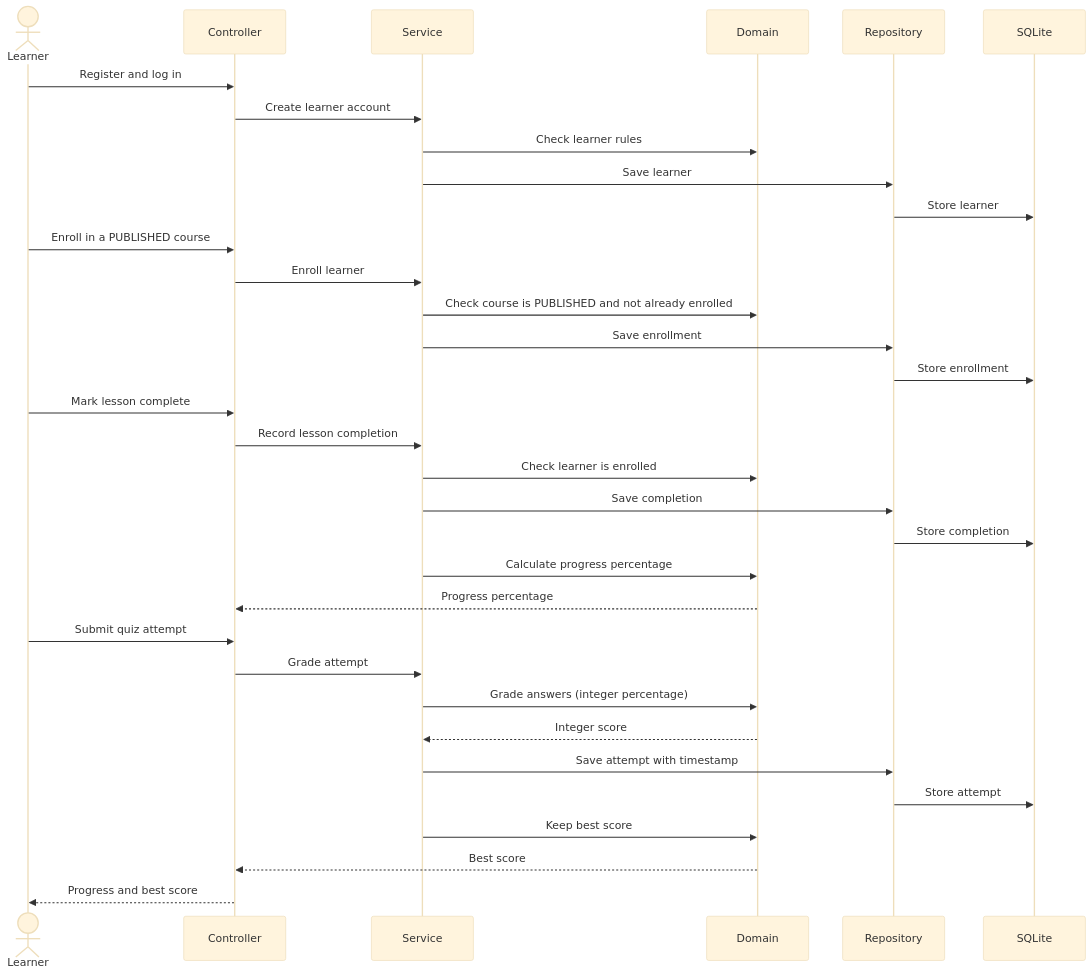
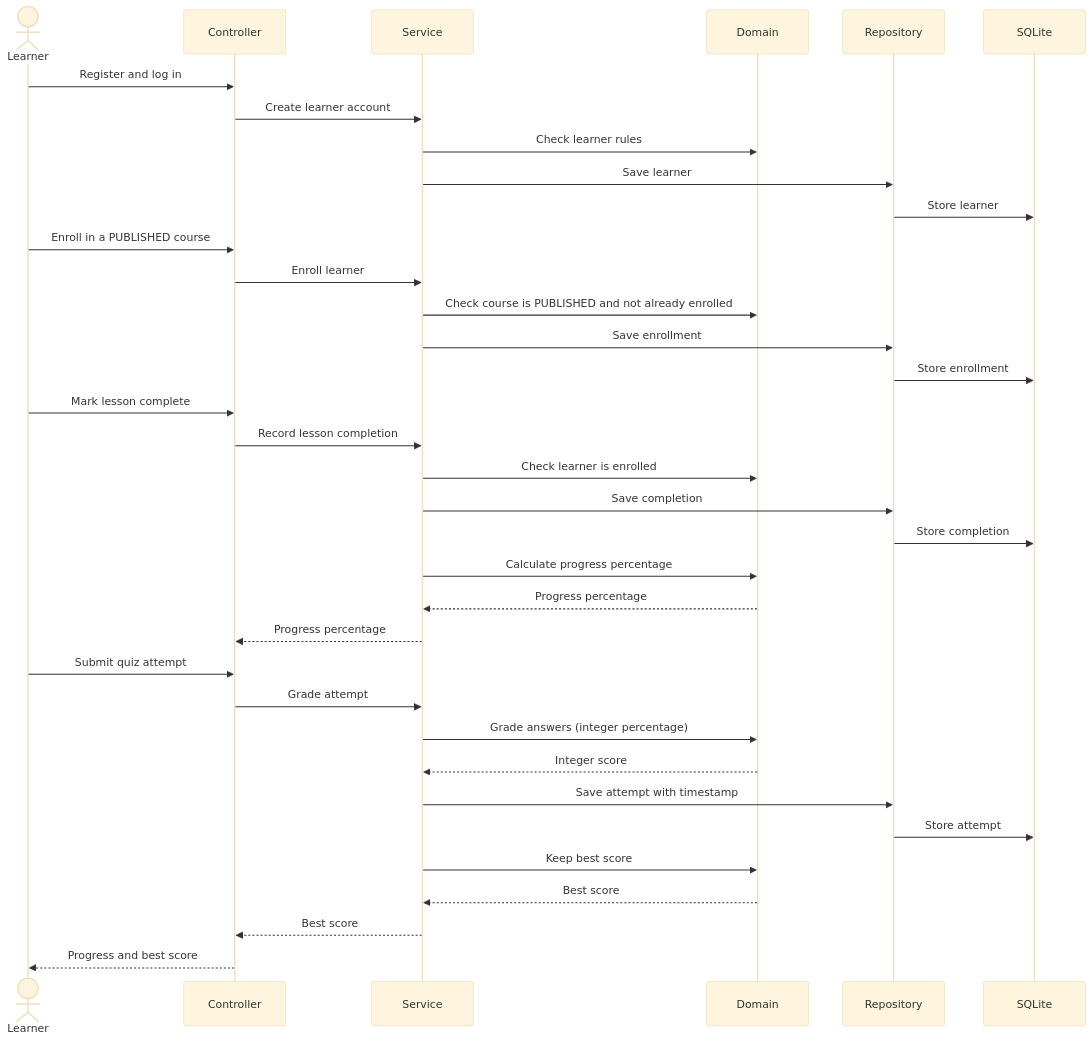
Before and after one commit to hasithakeshana/Capstone-Project: the second of 2 diagrams in docs/architecture.md, drawn with Mermaid (base theme). The commit also changed other lines of this file and 1 other file, not shown here.

Commit message:
docs: fix architecture flow and TDD harness alignment

````diff
--- a/docs/architecture.md
+++ b/docs/architecture.md
@@ -59,36 +59,38 @@
 ```mermaid
 sequenceDiagram
     actor L as Learner
     participant C as Controller
     participant S as Service
     participant D as Domain
     participant R as Repository
     participant DB as SQLite
 
     L->>C: Register and log in
     C->>S: Create learner account
     S->>D: Check learner rules
     S->>R: Save learner
     R->>DB: Store learner
     L->>C: Enroll in a PUBLISHED course
     C->>S: Enroll learner
     S->>D: Check course is PUBLISHED and not already enrolled
     S->>R: Save enrollment
     R->>DB: Store enrollment
     L->>C: Mark lesson complete
     C->>S: Record lesson completion
     S->>D: Check learner is enrolled
     S->>R: Save completion
     R->>DB: Store completion
     S->>D: Calculate progress percentage
-    D-->>C: Progress percentage
+    D-->>S: Progress percentage
+    S-->>C: Progress percentage
     L->>C: Submit quiz attempt
     C->>S: Grade attempt
     S->>D: Grade answers (integer percentage)
     D-->>S: Integer score
     S->>R: Save attempt with timestamp
     R->>DB: Store attempt
     S->>D: Keep best score
-    D-->>C: Best score
+    D-->>S: Best score
+    S-->>C: Best score
     C-->>L: Progress and best score
 ```
````
